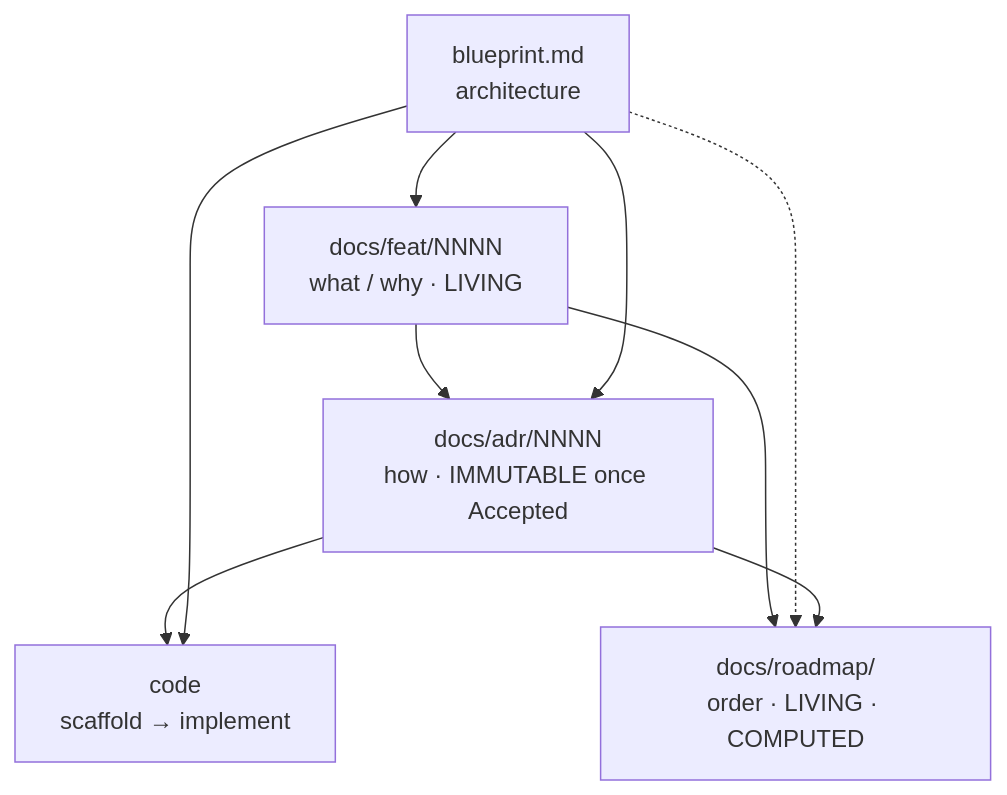
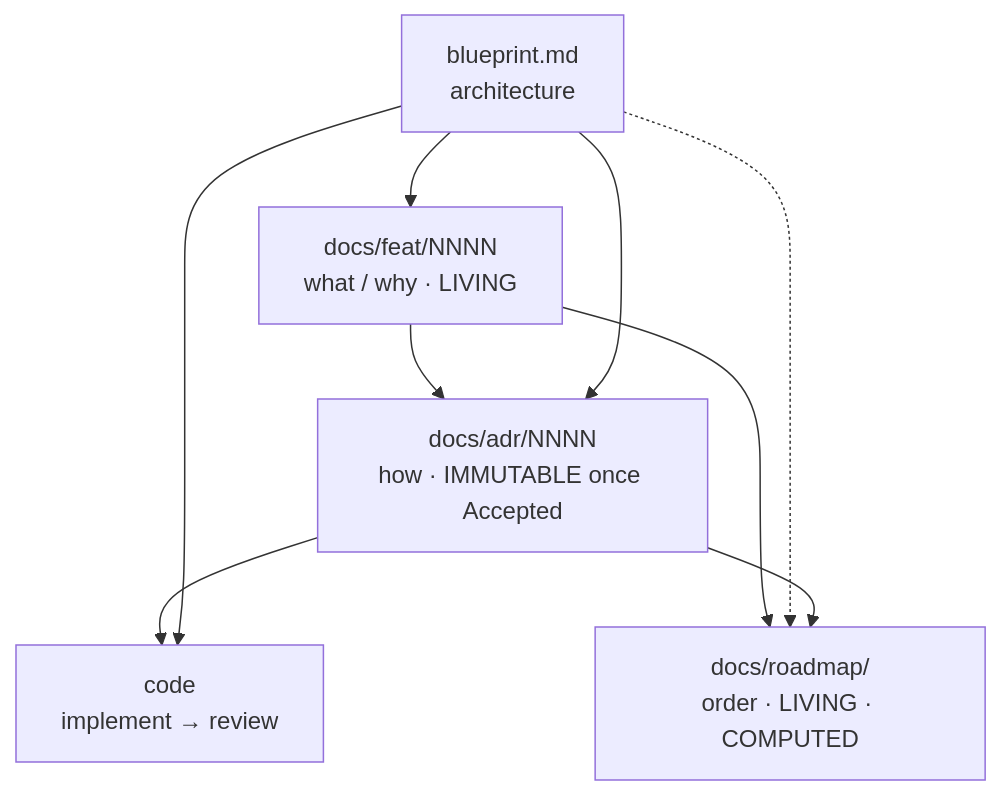
The diagram in .github/copilot-instructions.md (pyvvo/funcd), drawn with Mermaid before and after one commit. The commit also changed other lines of this file and 12 other files, not shown here.

Commit message:
feat: collapse scaffold+implement into single adr-impl gate

````diff
--- a/.github/copilot-instructions.md
+++ b/.github/copilot-instructions.md
@@ -35,14 +35,14 @@
 ```mermaid
 flowchart TB
     BP["blueprint.md<br/>architecture"]
     FEAT["docs/feat/NNNN<br/>what / why · LIVING"]
     ADR["docs/adr/NNNN<br/>how · IMMUTABLE once Accepted"]
     RM["docs/roadmap/<br/>order · LIVING · COMPUTED"]
-    CODE["code<br/>scaffold → implement"]
+    CODE["code<br/>implement → review"]
     BP --> FEAT --> ADR --> CODE
     BP --> ADR
     FEAT --> RM
     BP -.-> RM
     ADR --> RM
     BP --> CODE
 ```
````
